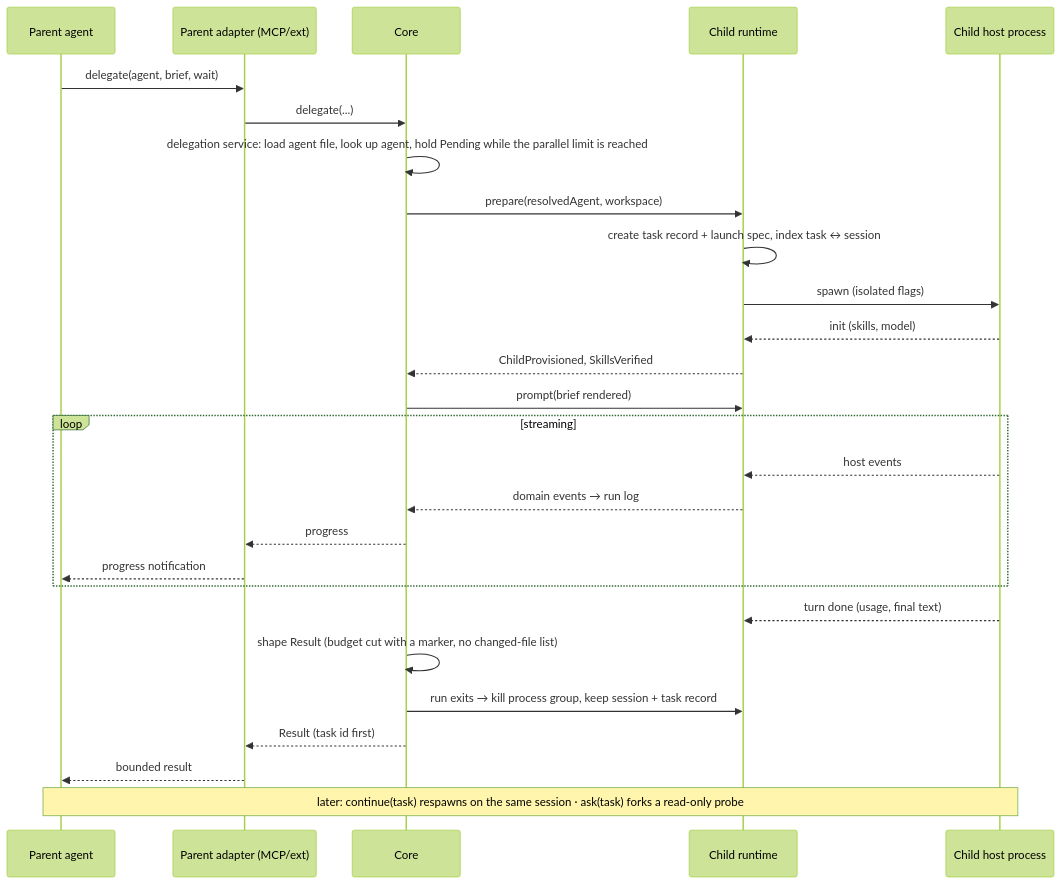
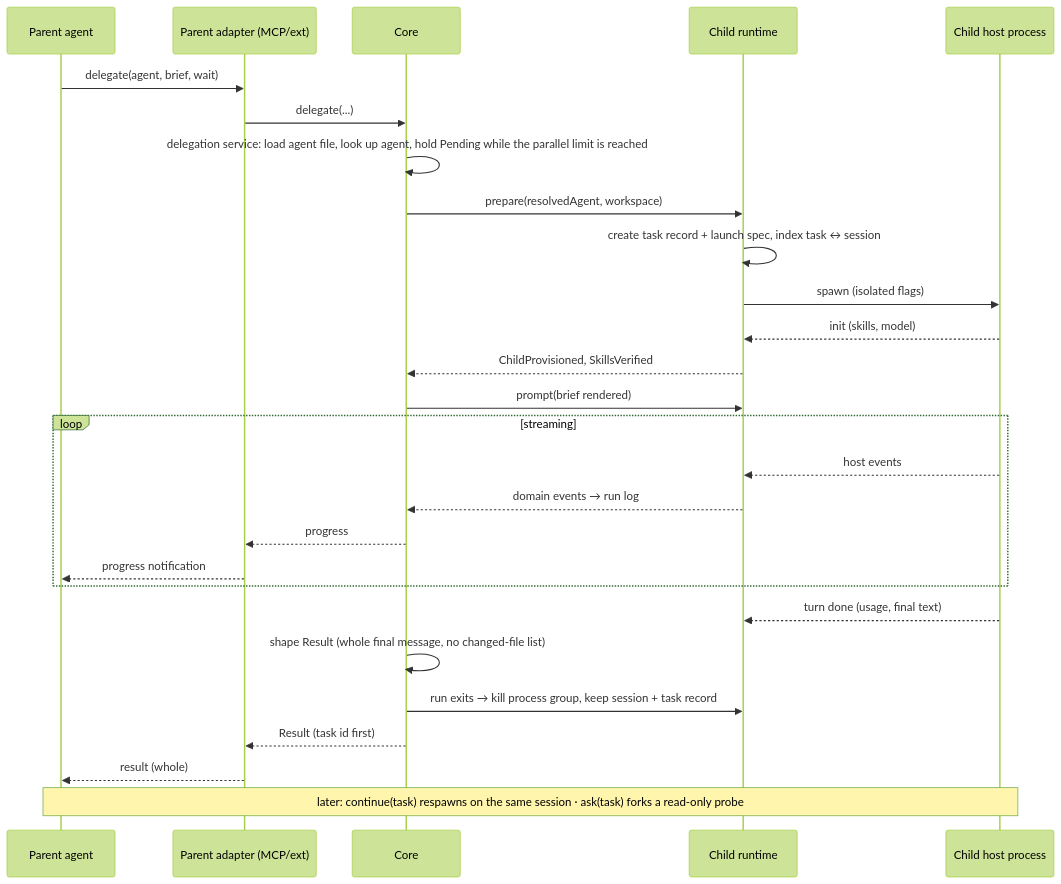
Before and after one commit to farhoud/sub0: the third of 3 diagrams in docs/design.md, drawn with Mermaid (forest theme). The commit also changed other lines of this file and 9 other files, not shown here.

Commit message:
design, docs: results are never cut; the reply budget is Claude Code's MCP inline limit (decision 24)

````diff
--- a/docs/design.md
+++ b/docs/design.md
@@ -631,29 +633,29 @@
 ```mermaid
 sequenceDiagram
   participant P as Parent agent
   participant A as Parent adapter (MCP/ext)
   participant C as Core
   participant R as Child runtime
   participant H as Child host process
   P->>A: delegate(agent, brief, wait)
   A->>C: delegate(...)
   C->>C: delegation service: load agent file, look up agent, hold Pending while the parallel limit is reached
   C->>R: prepare(resolvedAgent, workspace)
   R->>R: create task record + launch spec, index task ↔ session
   R->>H: spawn (isolated flags)
   H-->>R: init (skills, model)
   R-->>C: ChildProvisioned, SkillsVerified
   C->>R: prompt(brief rendered)
   loop streaming
     H-->>R: host events
     R-->>C: domain events → run log
     C-->>A: progress
     A-->>P: progress notification
   end
   H-->>R: turn done (usage, final text)
-  C->>C: shape Result (budget cut with a marker, no changed-file list)
+  C->>C: shape Result (whole final message, no changed-file list)
   C->>R: run exits → kill process group, keep session + task record
   C-->>A: Result (task id first)
-  A-->>P: bounded result
+  A-->>P: result (whole)
   Note over P,H: later: continue(task) respawns on the same session · ask(task) forks a read-only probe
 ```
````
